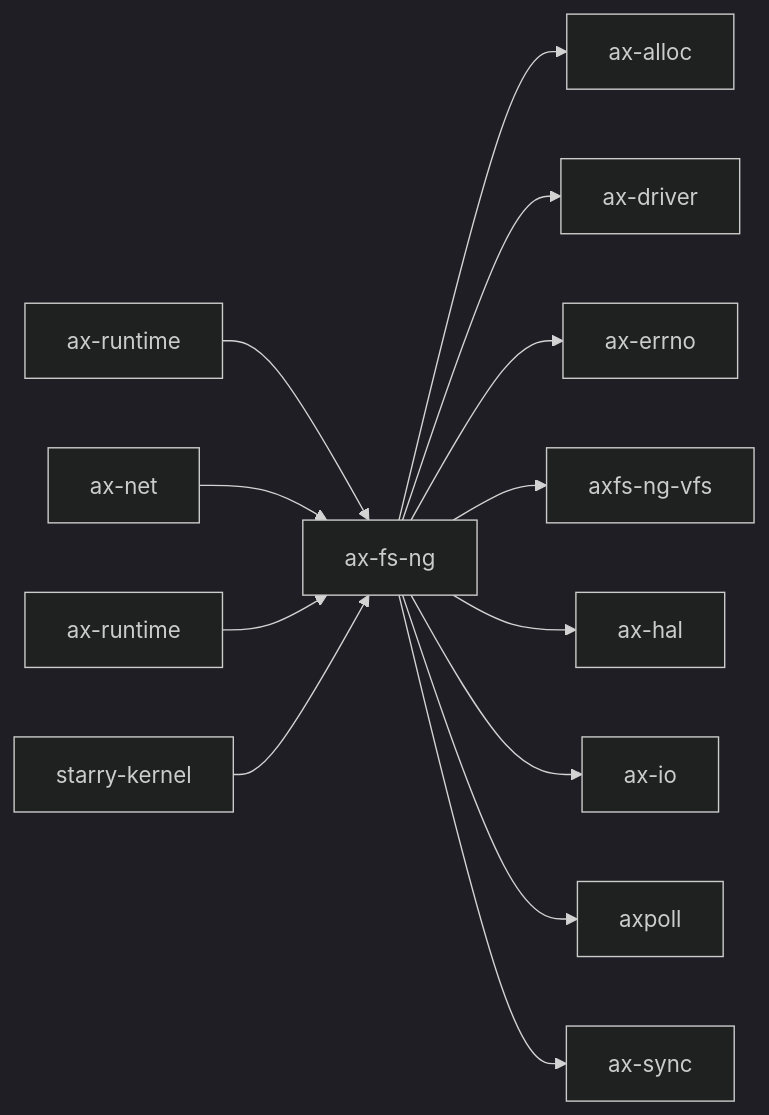
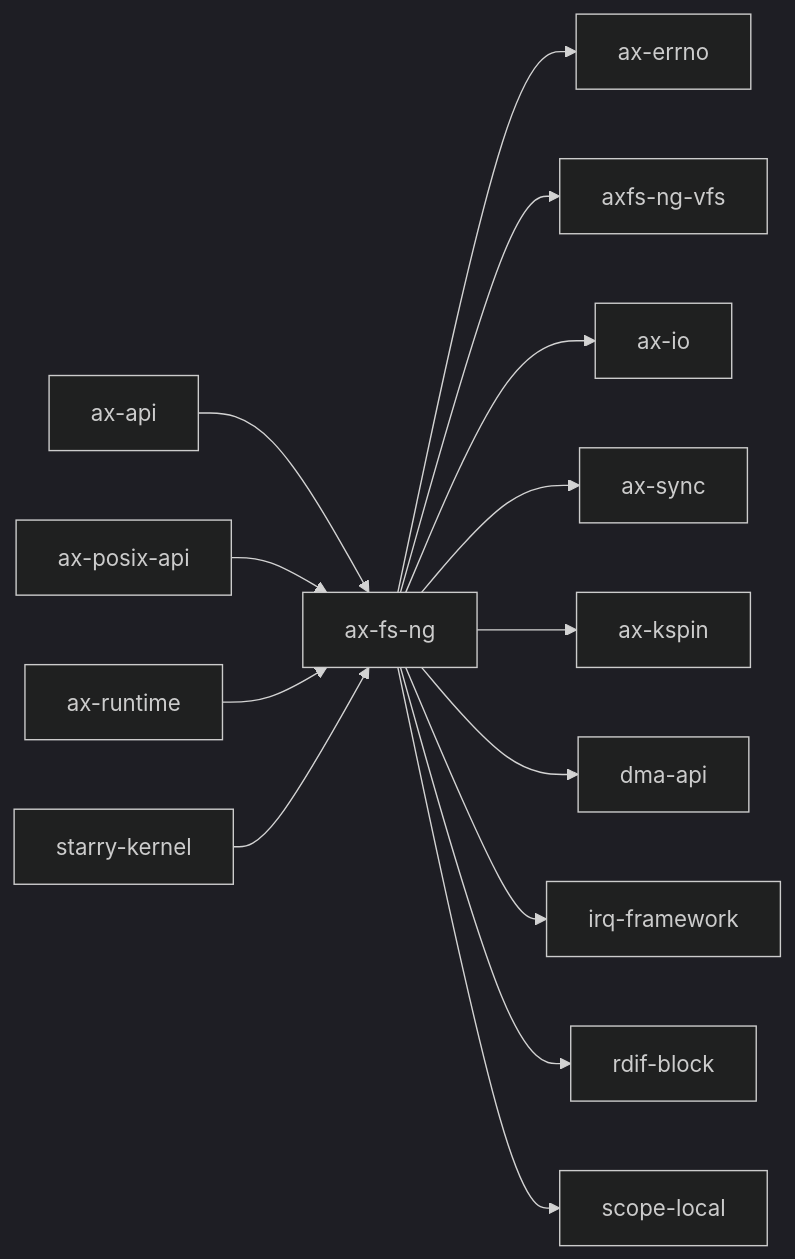
The diagram in docs/docs/components/crates/ax-fs-ng.md (rcore-os/tgoskits), drawn with Mermaid (dark theme) before and after one commit. The commit also changed other lines of this file and 386 other files, not shown here.

````diff
--- a/docs/docs/components/crates/ax-fs-ng.md
+++ b/docs/docs/components/crates/ax-fs-ng.md
@@ -32,16 +32,17 @@
 ```mermaid
 graph LR
     current["ax-fs-ng"]
-    current --> ax-alloc["ax-alloc"]
-    current --> ax-driver["ax-driver"]
     current --> ax_errno["ax-errno"]
     current --> axfs_ng_vfs["axfs-ng-vfs"]
-    current --> ax-hal["ax-hal"]
-    current --> axio["ax-io"]
-    current --> axpoll["axpoll"]
+    current --> ax_io["ax-io"]
     current --> ax-sync["ax-sync"]
-    arceos_feature["ax-runtime"] --> current
-    ax_net["ax-net"] --> current
+    current --> ax_kspin["ax-kspin"]
+    current --> dma_api["dma-api"]
+    current --> irq_framework["irq-framework"]
+    current --> rdif_block["rdif-block"]
+    current --> scope_local["scope-local"]
+    ax_api["ax-api"] --> current
+    ax_posix_api["ax-posix-api"] --> current
     ax_runtime["ax-runtime"] --> current
     starry_kernel["starry-kernel"] --> current
 ```
````
